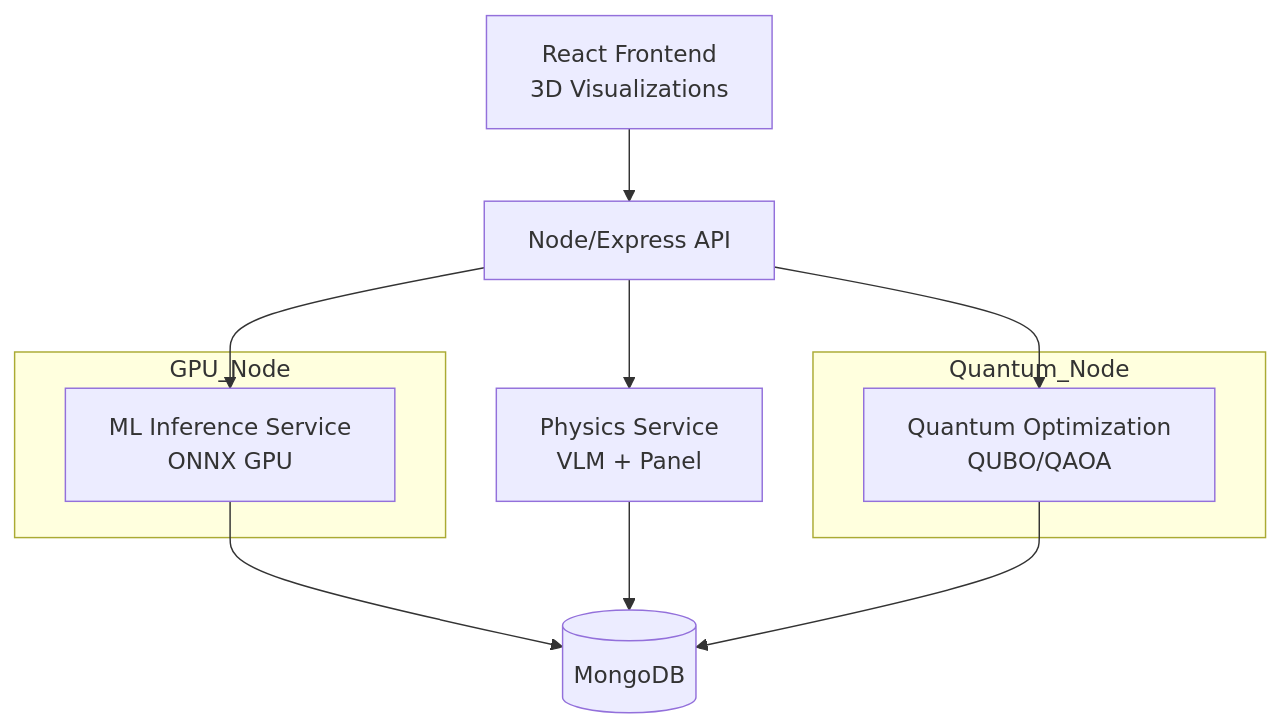
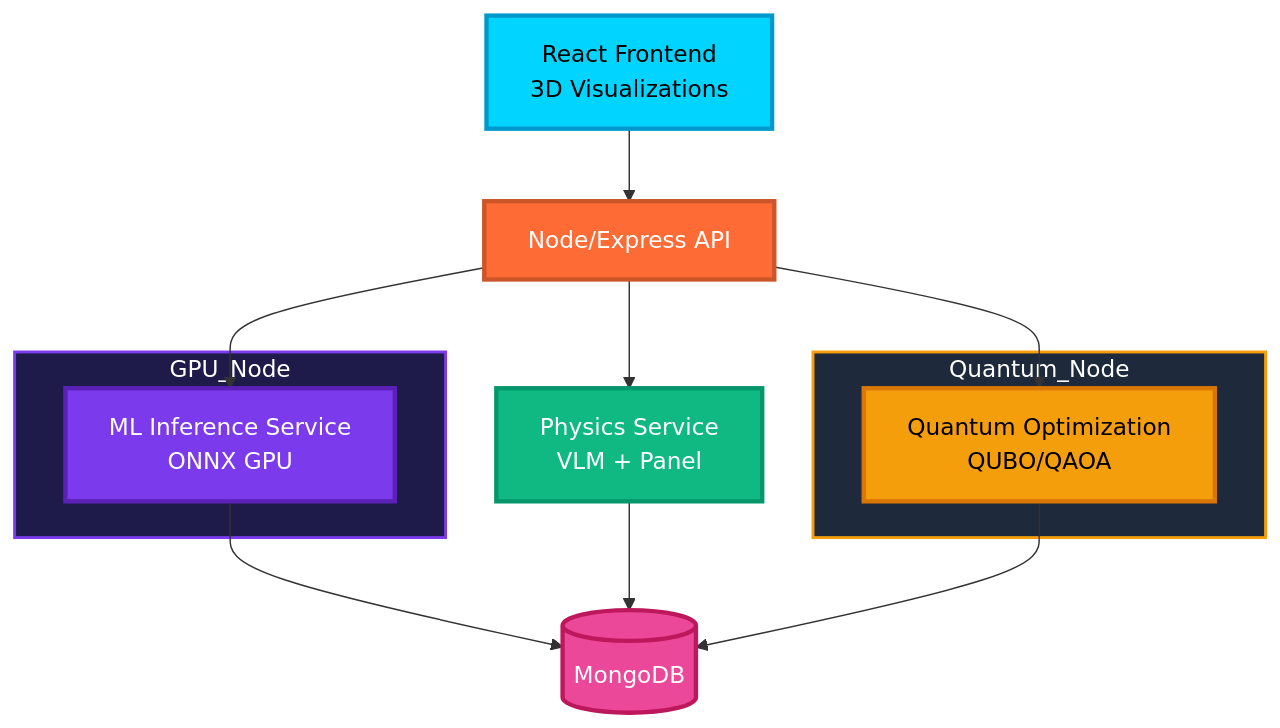
One commit to rjamoriz/Quantum-Aero-F1-Prototype changed the diagram in README.md. Above: the diagram before and after it, drawn with Mermaid. The commit also changed 1 other file, not shown here.

Commit message:
Initial commit: Quantum Aero F1 Prototype project Visualization

````diff
--- a/README.md
+++ b/README.md
@@ -65,16 +65,25 @@
 ```mermaid
 flowchart TD
     A[React Frontend \n 3D Visualizations] --> B[Node/Express API]
     B --> C[ML Inference Service \n ONNX GPU]
     B --> D[Physics Service \n VLM + Panel]
     B --> E[Quantum Optimization \n QUBO/QAOA]
     C --> F[(MongoDB)]
     D --> F
     E --> F
     subgraph GPU_Node
         C
     end
     subgraph Quantum_Node
         E
     end
+    
+    style A fill:#00d4ff,stroke:#0099cc,stroke-width:3px,color:#000
+    style B fill:#ff6b35,stroke:#cc5529,stroke-width:3px,color:#fff
+    style C fill:#7c3aed,stroke:#5b21b6,stroke-width:3px,color:#fff
+    style D fill:#10b981,stroke:#059669,stroke-width:3px,color:#fff
+    style E fill:#f59e0b,stroke:#d97706,stroke-width:3px,color:#000
+    style F fill:#ec4899,stroke:#be185d,stroke-width:3px,color:#fff
+    style GPU_Node fill:#1e1b4b,stroke:#7c3aed,stroke-width:2px,color:#fff
+    style Quantum_Node fill:#1e293b,stroke:#f59e0b,stroke-width:2px,color:#fff
 ```
````
